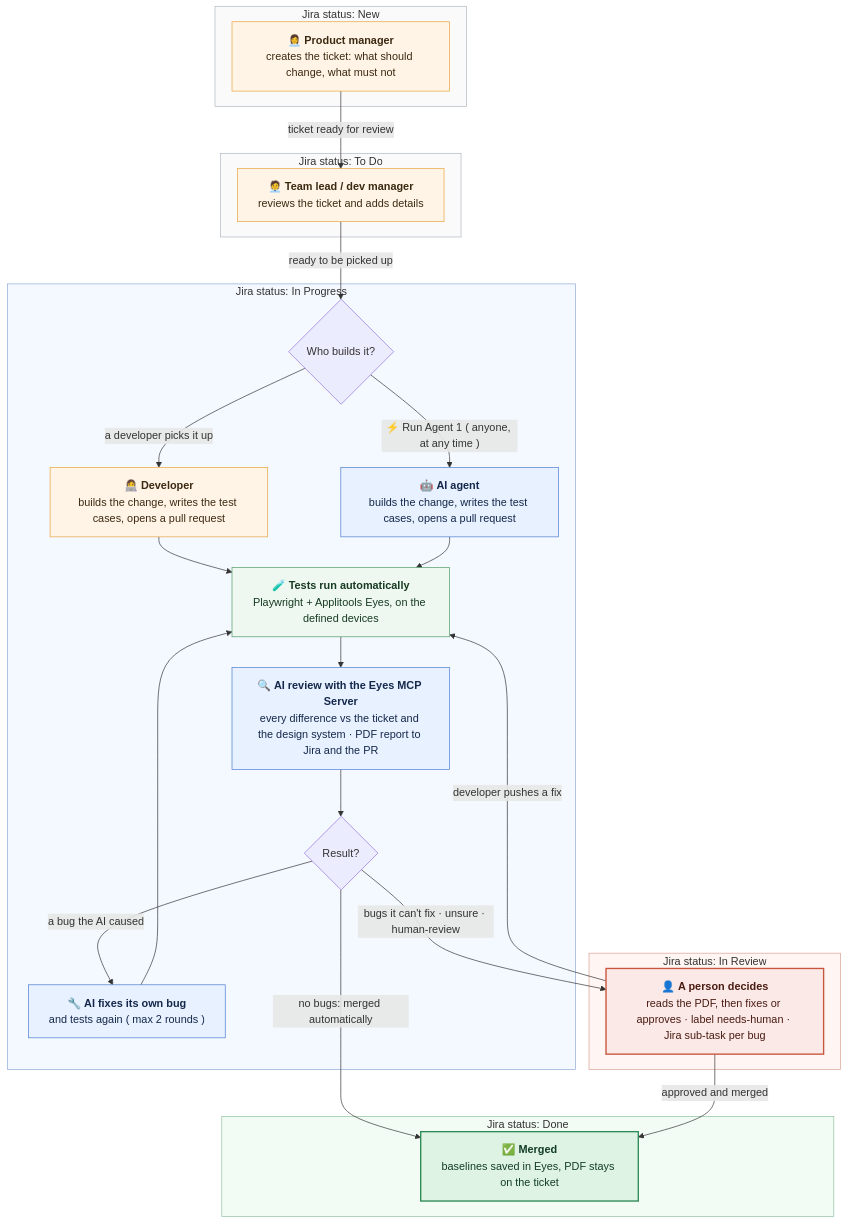
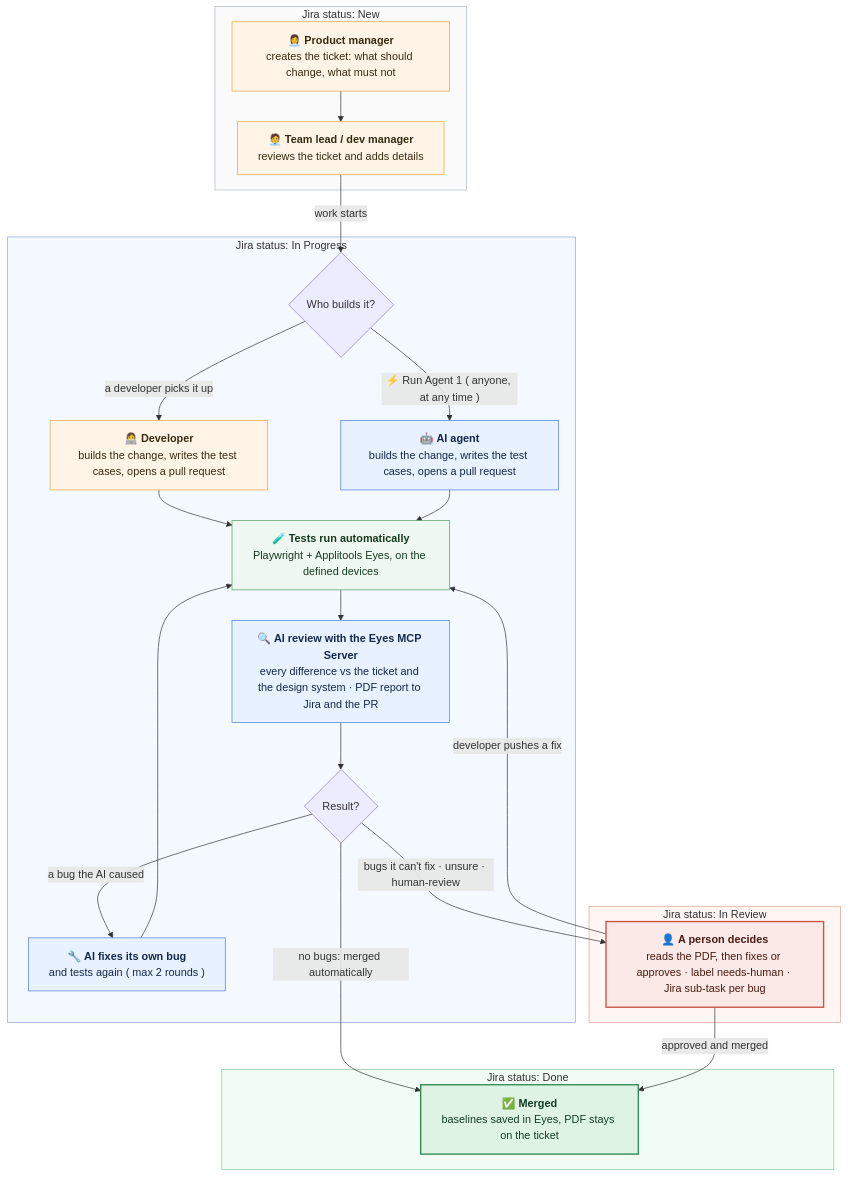
Before and after one commit to ssharma007-dev/wikipedia-visual-ci: the diagram in docs/images/user-flow.mmd, drawn with Mermaid. The commit also changed 5 other files, not shown here.

First line of the commit message:
Four Jira statuses: New → In Progress → In Review → Done (team lead reviews in New); diagram and docs updated

```diff
--- a/docs/images/user-flow.mmd
+++ b/docs/images/user-flow.mmd
@@ -1,54 +1,51 @@
 %%{init: {"flowchart": {"wrappingWidth": 260, "nodeSpacing": 30, "rankSpacing": 45, "curve": "basis"}}}%%
 flowchart TD
     subgraph S1["Jira status: New"]
         A["👩‍💼 <b>Product manager</b><br/>creates the ticket: what should change, what must not"]
-    end
-    subgraph S2["Jira status: To Do"]
         B["🧑‍💼 <b>Team lead / dev manager</b><br/>reviews the ticket and adds details"]
     end
     subgraph S3["Jira status: In Progress"]
         C{"Who builds it?"}
         D["👩‍💻 <b>Developer</b><br/>builds the change, writes the test cases, opens a pull request"]
         E["🤖 <b>AI agent</b><br/>builds the change, writes the test cases, opens a pull request"]
         F["🧪 <b>Tests run automatically</b><br/>Playwright + Applitools Eyes, on the defined devices"]
         G["🔍 <b>AI review with the Eyes MCP Server</b><br/>every difference vs the ticket and the design system · PDF report to Jira and the PR"]
         H{"Result?"}
         I["🔧 <b>AI fixes its own bug</b><br/>and tests again ( max 2 rounds )"]
     end
     subgraph S4["Jira status: In Review"]
         J["👤 <b>A person decides</b><br/>reads the PDF, then fixes or approves · label needs-human · Jira sub-task per bug"]
     end
     subgraph S5["Jira status: Done"]
         K["✅ <b>Merged</b><br/>baselines saved in Eyes, PDF stays on the ticket"]
     end
 
-    A -->|"ticket ready for review"| B
-    B -->|"ready to be picked up"| C
+    A --> B
+    B -->|"work starts"| C
     C -->|"a developer picks it up"| D
     C -->|"⚡ Run Agent 1 ( anyone, at any time )"| E
     D --> F
     E --> F
     F --> G
     G --> H
     H -->|"no bugs: merged automatically"| K
     H -->|"a bug the AI caused"| I
     I --> F
     H -->|"bugs it can't fix · unsure · human-review"| J
     J -->|"developer pushes a fix"| F
     J -->|"approved and merged"| K
 
     classDef person fill:#FFF4E5,stroke:#E8A33D,color:#3B2A12
     classDef ai fill:#E8F1FF,stroke:#4A7BD0,color:#14284B
     classDef auto fill:#EEF7F0,stroke:#4E9A64,color:#173B22
     classDef good fill:#DFF3E4,stroke:#2E8B57,color:#123D24,stroke-width:2px
     classDef decide fill:#FBE9E7,stroke:#C8553D,color:#4A1C12,stroke-width:2px
     class A,B,D person
     class E,G,I ai
     class F auto
     class K good
     class J decide
     style S1 fill:#FAFAFA,stroke:#B0B7C3
-    style S2 fill:#FAFAFA,stroke:#B0B7C3
     style S3 fill:#F4F8FF,stroke:#8FA8D6
     style S4 fill:#FFF6F4,stroke:#D9A093
     style S5 fill:#F3FBF5,stroke:#8CC29E
```
